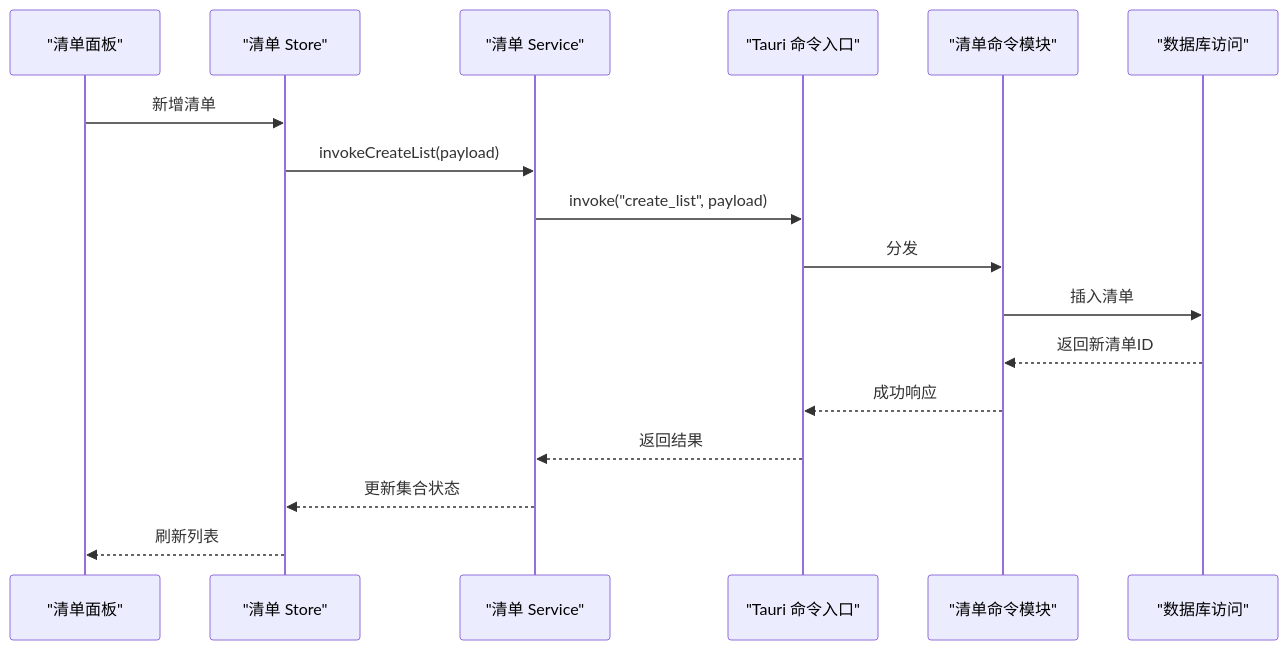
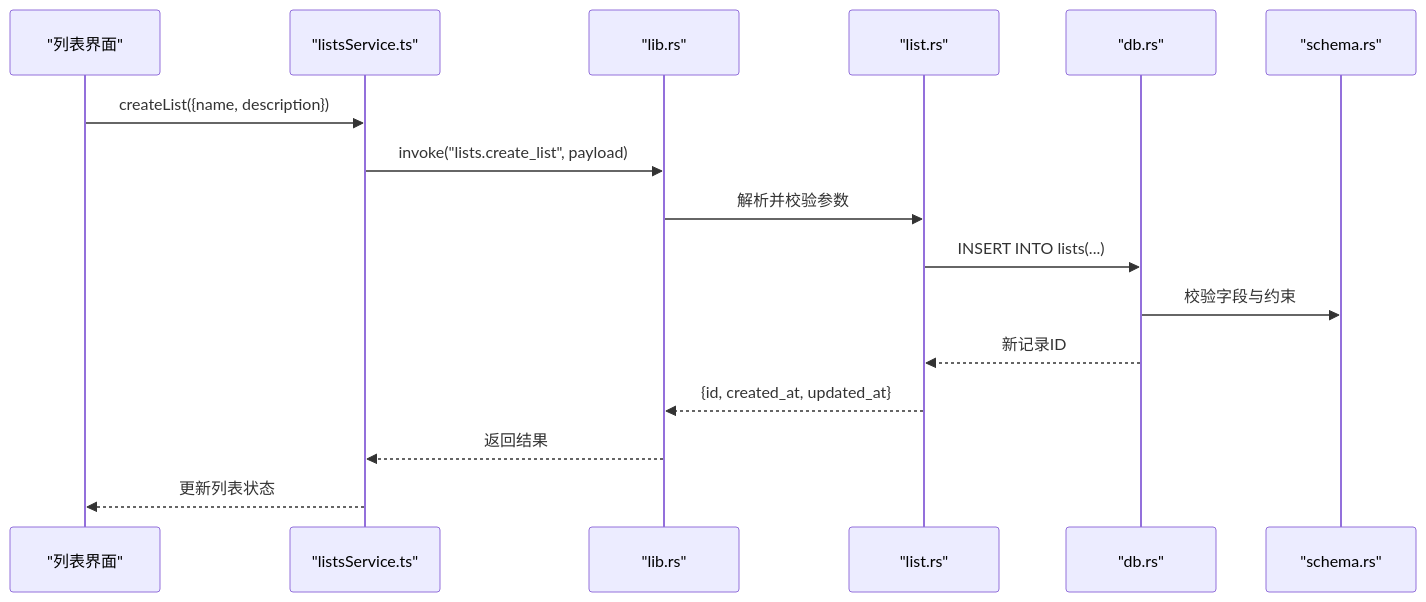
The third of 7 diagrams in .qoder/repowiki/zh/content/API 参考文档/API 参考文档.md (gzdxhujiale/FishWorker), drawn with Mermaid before and after one commit. The commit also changed other lines of this file and 238 other files, not shown here.

````diff
--- a/.qoder/repowiki/zh/content/API 参考文档/API 参考文档.md
+++ b/.qoder/repowiki/zh/content/API 参考文档/API 参考文档.md
@@ -242,19 +247,18 @@
 ```mermaid
 sequenceDiagram
-participant UI as "清单面板"
-participant Store as "清单 Store"
-participant Service as "清单 Service"
-participant Tauri as "Tauri 命令入口"
-participant ListMod as "清单命令模块"
-participant DB as "数据库访问"
-UI->>Store : 新增清单
-Store->>Service : invokeCreateList(payload)
-Service->>Tauri : invoke("create_list", payload)
-Tauri->>ListMod : 分发
-ListMod->>DB : 插入清单
-DB-->>ListMod : 返回新清单ID
-ListMod-->>Tauri : 成功响应
-Tauri-->>Service : 返回结果
-Service-->>Store : 更新集合状态
-Store-->>UI : 刷新列表
+participant UI as "列表界面"
+participant Svc as "listsService.ts"
+participant Tauri as "lib.rs"
+participant Cmd as "list.rs"
+participant DB as "db.rs"
+participant Schema as "schema.rs"
+UI->>Svc : createList({name, description})
+Svc->>Tauri : invoke("lists.create_list", payload)
+Tauri->>Cmd : 解析并校验参数
+Cmd->>DB : INSERT INTO lists(...)
+DB->>Schema : 校验字段与约束
+DB-->>Cmd : 新记录ID
+Cmd-->>Tauri : {id, created_at, updated_at}
+Tauri-->>Svc : 返回结果
+Svc-->>UI : 更新列表状态
 ```
````
